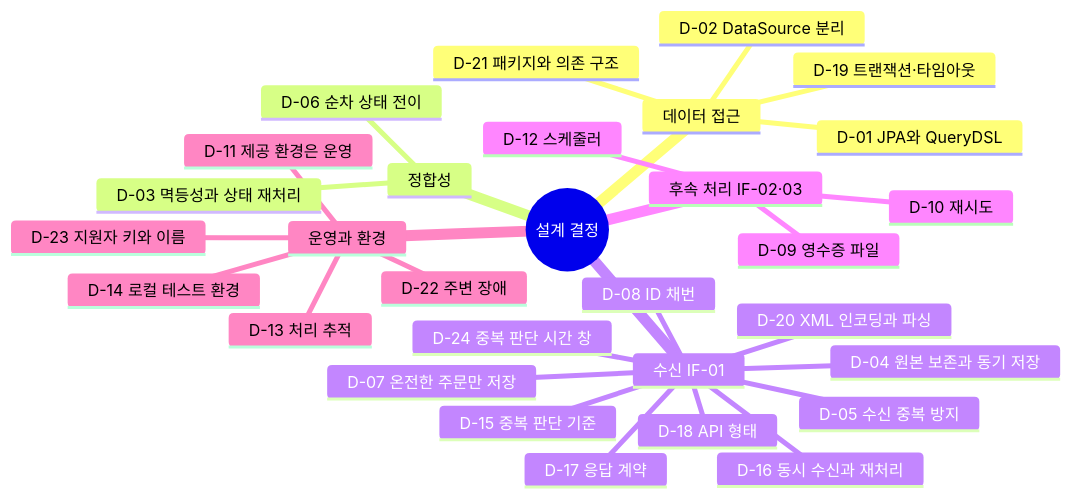
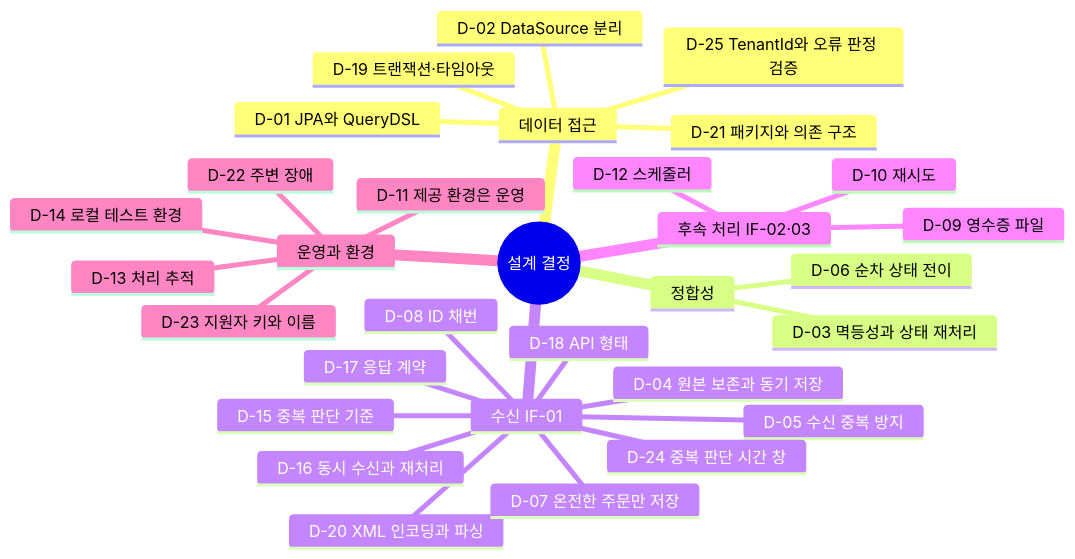
The first of 3 diagrams in docs/decisions.md (milkkwong2/inspien-assignment), drawn with Mermaid before and after one commit. The commit also changed other lines of this file and 10 other files, not shown here.

````diff
--- a/docs/decisions.md
+++ b/docs/decisions.md
@@ -42,33 +43,34 @@
 ```mermaid
 mindmap
   root((설계 결정))
     데이터 접근
       D-01 JPA와 QueryDSL
       D-02 DataSource 분리
       D-19 트랜잭션·타임아웃
       D-21 패키지와 의존 구조
+      D-25 TenantId와 오류 판정 검증
     정합성
       D-03 멱등성과 상태 재처리
       D-06 순차 상태 전이
     수신 IF-01
       D-04 원본 보존과 동기 저장
       D-05 수신 중복 방지
       D-15 중복 판단 기준
       D-16 동시 수신과 재처리
       D-24 중복 판단 시간 창
       D-17 응답 계약
       D-18 API 형태
       D-20 XML 인코딩과 파싱
       D-07 온전한 주문만 저장
       D-08 ID 채번
     후속 처리 IF-02·03
       D-09 영수증 파일
       D-10 재시도
       D-12 스케줄러
     운영과 환경
       D-11 제공 환경은 운영
       D-13 처리 추적
       D-14 로컬 테스트 환경
       D-22 주변 장애
       D-23 지원자 키와 이름
 ```
````
